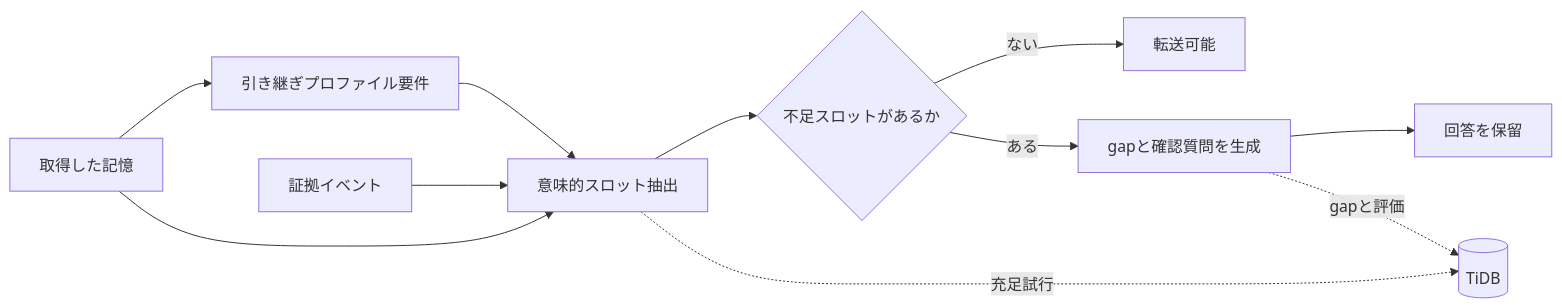
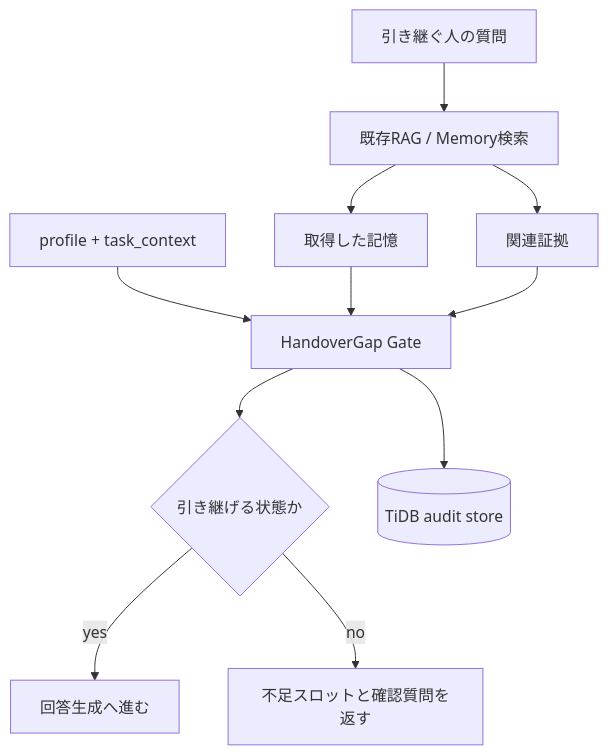
One commit to masanori0209/m-zenn-dev changed the first of 2 diagrams in articles/handovergap-rag-tidb.md. Above: the diagram before and after it, drawn with Mermaid. The commit also changed other lines of this file and 1 other file, not shown here.

Commit message:
Strengthen HandoverGap article evidence

````diff
--- a/articles/handovergap-rag-tidb.md
+++ b/articles/handovergap-rag-tidb.md
@@ -103,13 +83,13 @@
 ```mermaid
-flowchart LR
-    M[取得した記憶] --> R[引き継ぎプロファイル要件]
-    E[証拠イベント] --> F[意味的スロット抽出]
-    R --> F
-    M --> F
-    F --> G{不足スロットがあるか}
-    G -- ない --> A[転送可能]
-    G -- ある --> Q[gapと確認質問を生成]
-    Q --> B[回答を保留]
-    F -. 充足試行 .-> T[(TiDB)]
-    Q -. gapと評価 .-> T
+flowchart TD
+    U["引き継ぐ人の質問"] --> R["既存RAG / Memory検索"]
+    R --> M["取得した記憶"]
+    R --> E["関連証拠"]
+    P["profile + task_context"] --> G["HandoverGap Gate"]
+    M --> G
+    E --> G
+    G --> J{"引き継げる状態か"}
+    J -- "yes" --> A["回答生成へ進む"]
+    J -- "no" --> Q["不足スロットと確認質問を返す"]
+    G --> T[("TiDB audit store")]
 ```
````
